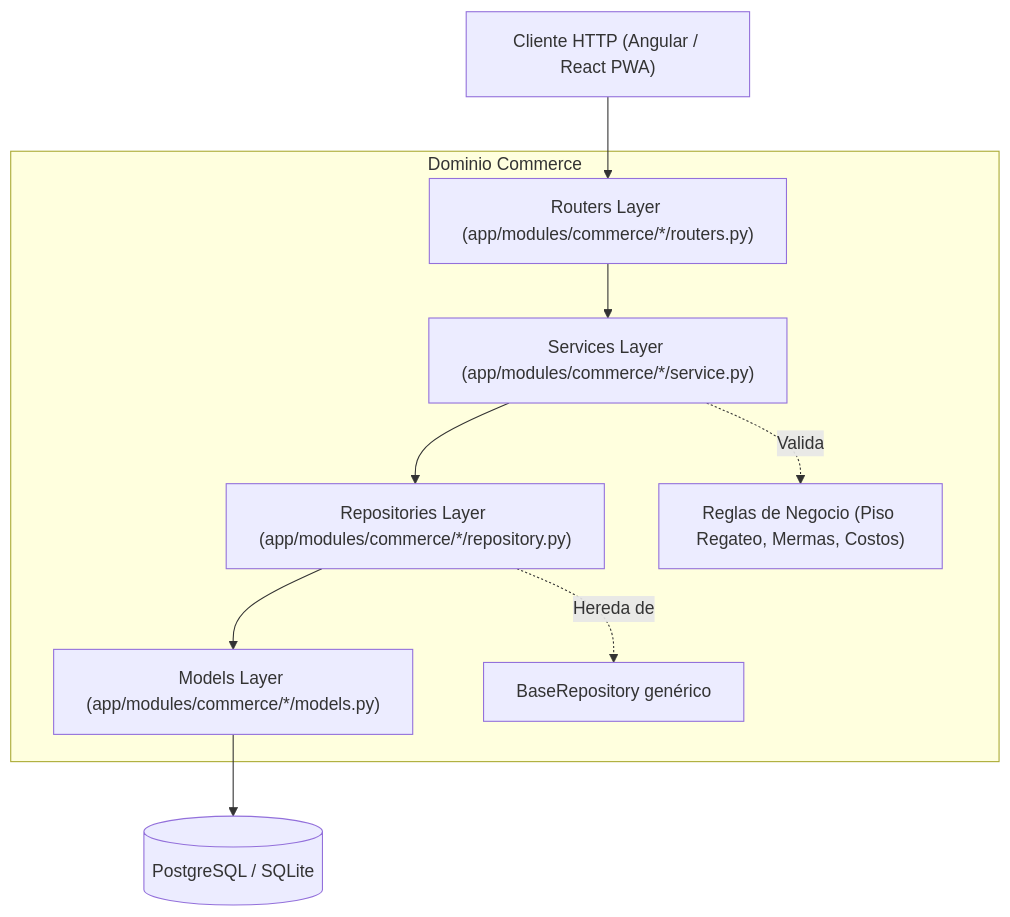
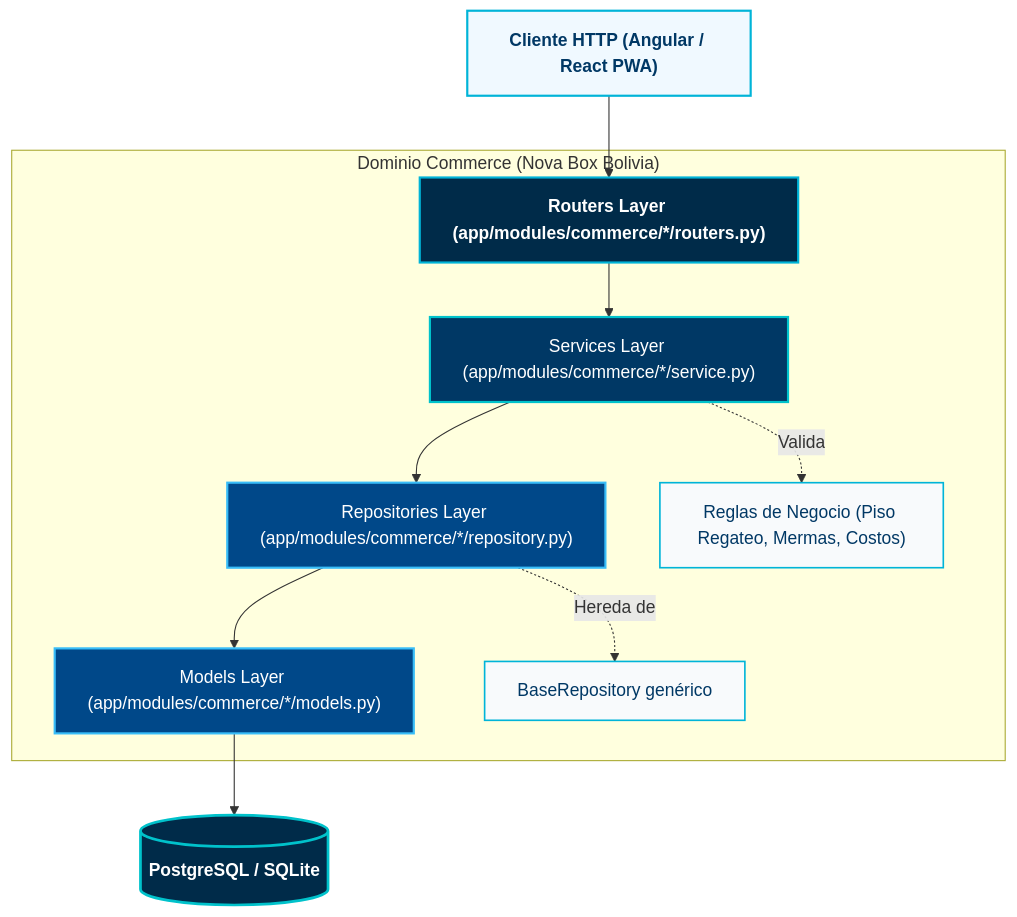
One commit to henrytaby/uyuni-backend-py changed the first of 3 diagrams in docs/commerce/01_ARCHITECTURE.md. Above: the diagram before and after it, drawn with Mermaid. The commit also changed 2 other files, not shown here.

Commit message:
docs: update system and deployment architecture diagrams with corporate styling

````diff
--- a/docs/commerce/01_ARCHITECTURE.md
+++ b/docs/commerce/01_ARCHITECTURE.md
@@ -11,15 +11,29 @@
 ```mermaid
 flowchart TD
     Client["Cliente HTTP (Angular / React PWA)"] --> Routers["Routers Layer (app/modules/commerce/*/routers.py)"]
     
-    subgraph CommerceDomain ["Dominio Commerce"]
+    subgraph CommerceDomain ["Dominio Commerce (Nova Box Bolivia)"]
         Routers --> Services["Services Layer (app/modules/commerce/*/service.py)"]
         Services --> Repositories["Repositories Layer (app/modules/commerce/*/repository.py)"]
         Repositories --> Models["Models Layer (app/modules/commerce/*/models.py)"]
         
         Services -.->|Valida| BusinessRules["Reglas de Negocio (Piso Regateo, Mermas, Costos)"]
         Repositories -.->|Hereda de| BaseRepo["BaseRepository genérico"]
     end
     
     Models --> DB[("PostgreSQL / SQLite")]
+
+    classDef clientNode fill:#f0f9ff,stroke:#00b4d8,stroke-width:2px,color:#003865,font-weight:bold;
+    classDef routerNode fill:#002b49,stroke:#00b4d8,stroke-width:2px,color:#ffffff,font-weight:bold;
+    classDef serviceNode fill:#003865,stroke:#00c2cb,stroke-width:2px,color:#ffffff;
+    classDef repoNode fill:#004889,stroke:#38bdf8,stroke-width:2px,color:#ffffff;
+    classDef ruleNode fill:#f8fafc,stroke:#00b4d8,stroke-width:1.5px,color:#003865;
+    classDef dbNode fill:#002b49,stroke:#00c2cb,stroke-width:2.5px,color:#ffffff,font-weight:bold;
+
+    class Client clientNode;
+    class Routers routerNode;
+    class Services serviceNode;
+    class Repositories,Models repoNode;
+    class BusinessRules,BaseRepo ruleNode;
+    class DB dbNode;
 ```
````
